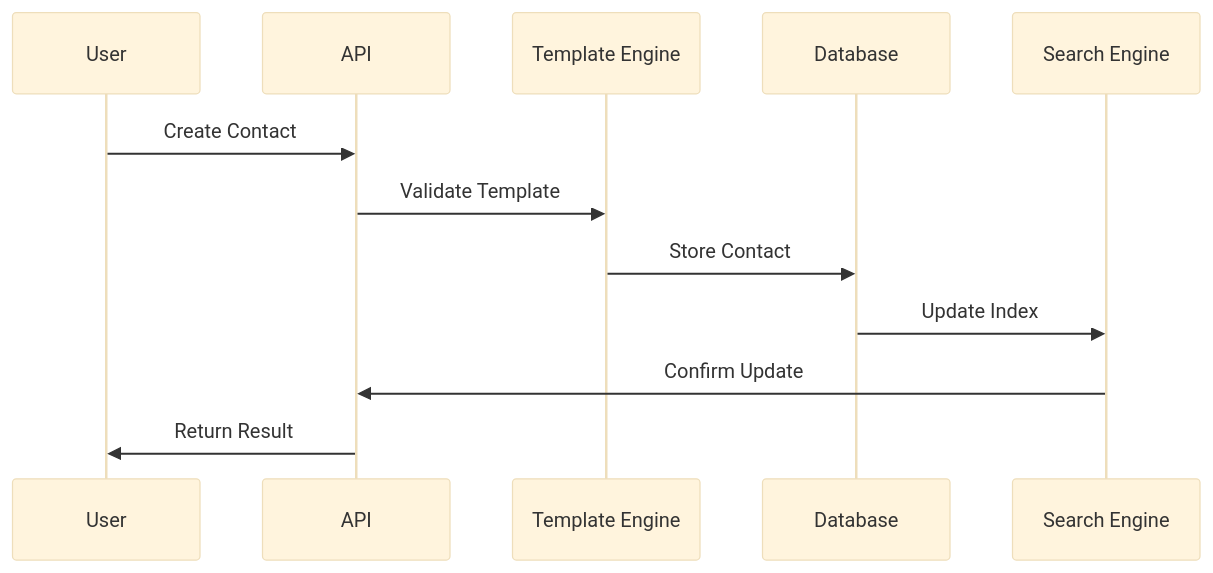
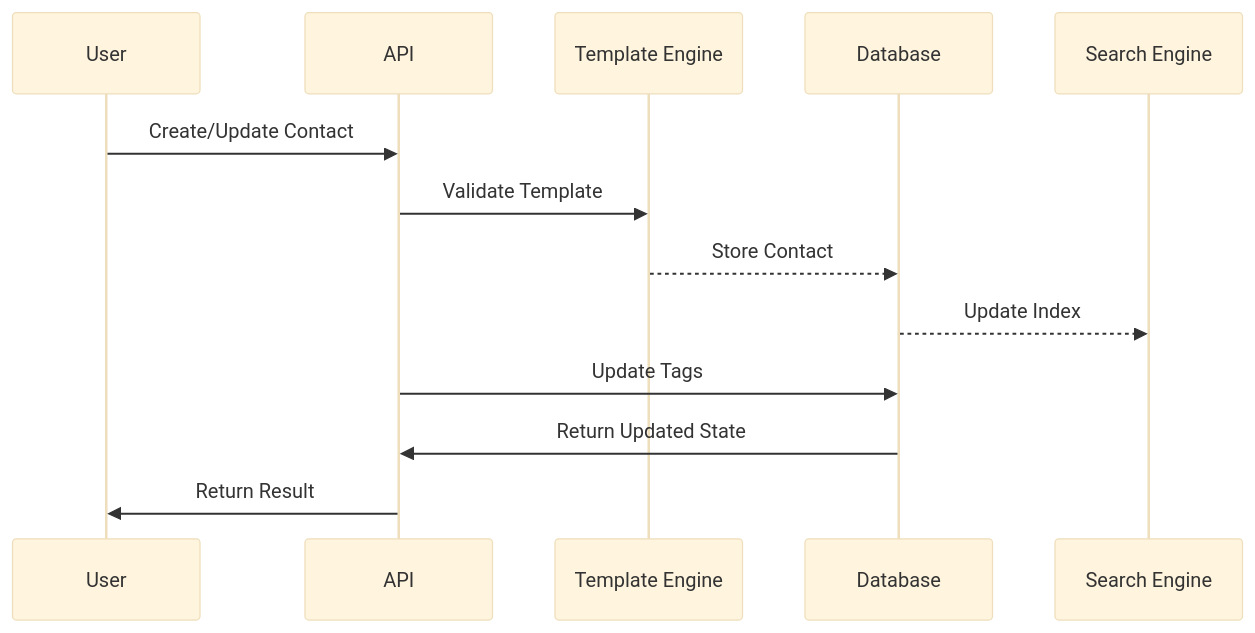
One commit to axjasf/NeverEatAlone changed the third of 3 diagrams in docs/brd/modules/contact_management/technical/architecture.md. Above: the diagram before and after it, drawn with Mermaid (base theme). The commit also changed other lines of this file and 8 other files, not shown here.

````diff
--- a/docs/brd/modules/contact_management/technical/architecture.md
+++ b/docs/brd/modules/contact_management/technical/architecture.md
@@ -64,15 +66,16 @@
 ```mermaid
 sequenceDiagram
     participant U as User
     participant A as API
     participant T as Template Engine
     participant D as Database
     participant S as Search Engine
 
-    U->>A: Create Contact
+    U->>A: Create/Update Contact
     A->>T: Validate Template
-    T->>D: Store Contact
-    D->>S: Update Index
-    S->>A: Confirm Update
+    T-->>D: Store Contact
+    D-->>S: Update Index
+    A->>D: Update Tags
+    D->>A: Return Updated State
     A->>U: Return Result
 ```
````
